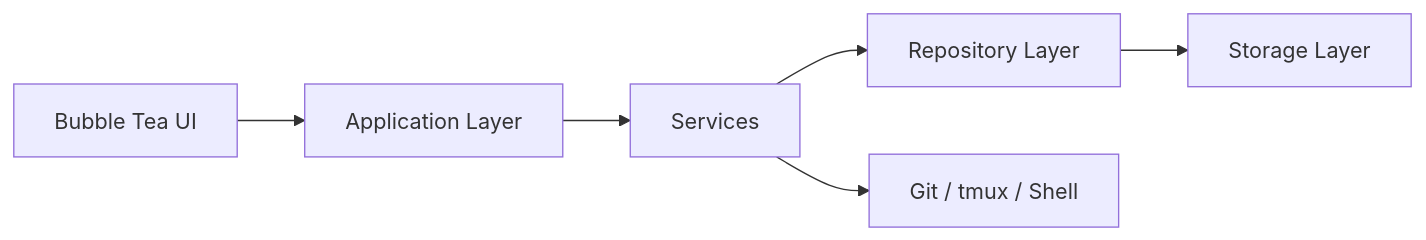
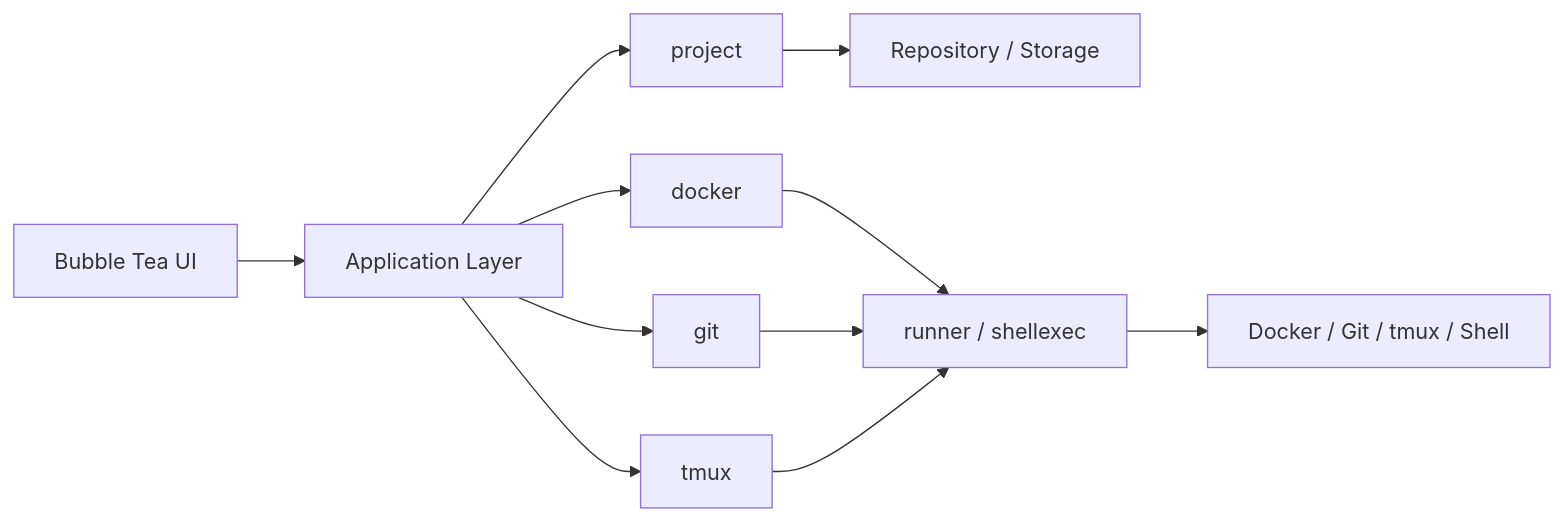
One commit to swaindhruti/devflow-workspace-orchestrator changed the diagram in docs/architecture.md. Above: the diagram before and after it, drawn with Mermaid. The commit also changed other lines of this file and 2 other files, not shown here.

First line of the commit message:
docs: realign architecture and system-design docs with domain-first structure

````diff
--- a/docs/architecture.md
+++ b/docs/architecture.md
@@ -17,8 +22,13 @@
 ```mermaid
 flowchart LR
     UI[Bubble Tea UI] --> APP[Application Layer]
-    APP --> SVC[Services]
-    SVC --> REP[Repository Layer]
-    REP --> STO[Storage Layer]
-    SVC --> OS[Git / tmux / Shell]
+    APP --> PROJ[project]
+    APP --> DOCK[docker]
+    APP --> GIT[git]
+    APP --> TMUX[tmux]
+    PROJ --> REPO[Repository / Storage]
+    DOCK --> RUN[runner / shellexec]
+    GIT --> RUN
+    TMUX --> RUN
+    RUN --> OS[Docker / Git / tmux / Shell]
 ```
````
